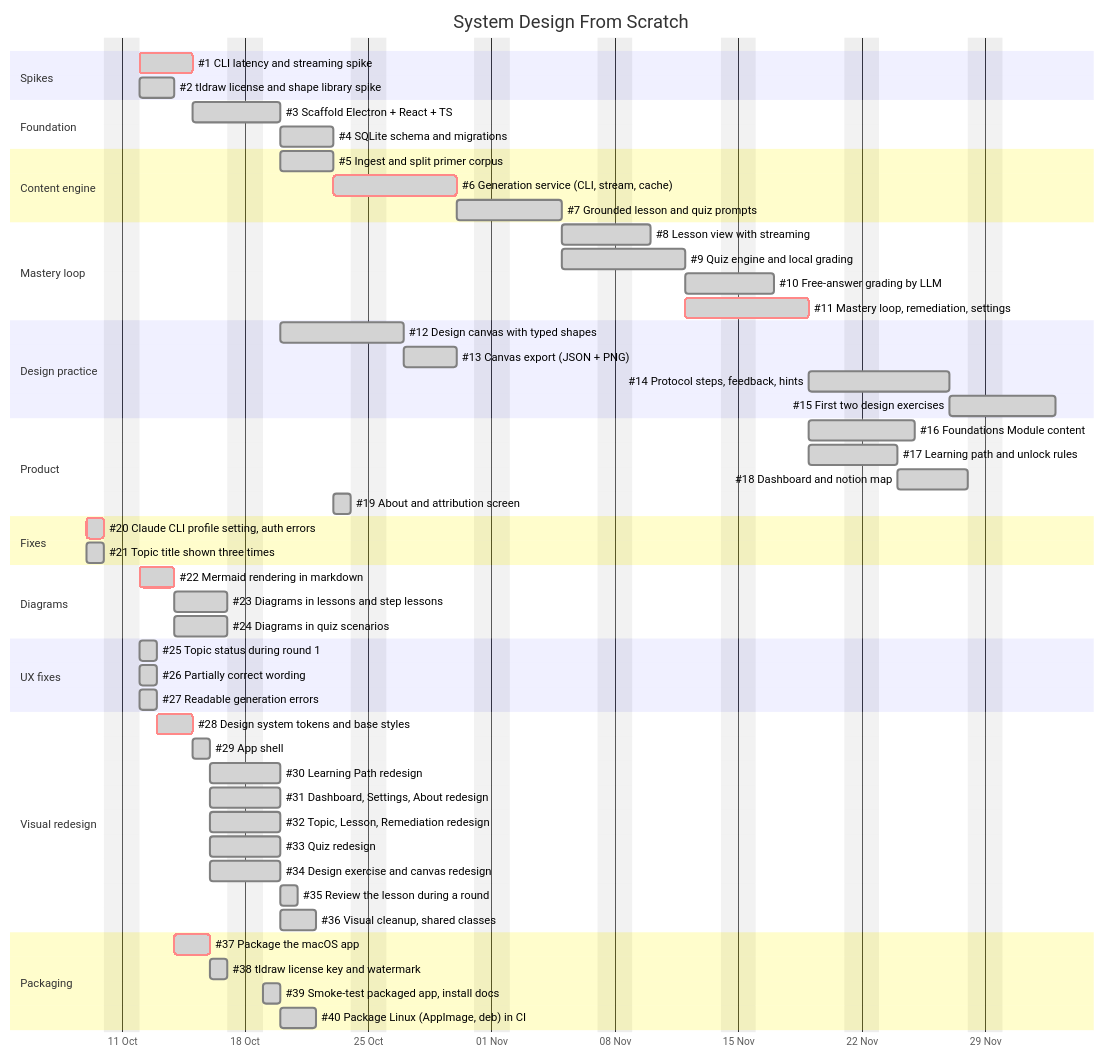
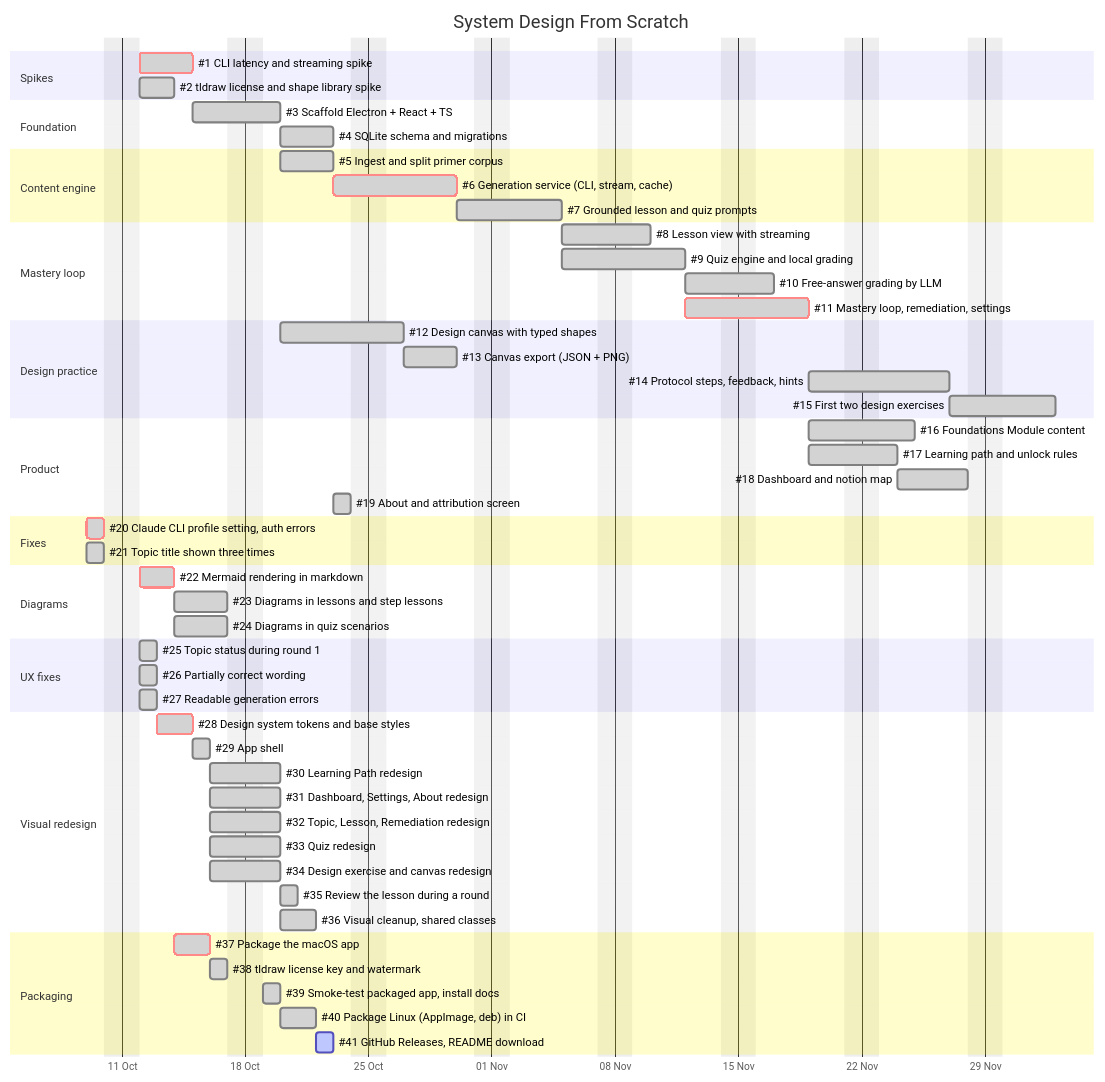
The diagram in docs/ROADMAP.md (jbclaramonte/system-design-from-scratch), drawn with Mermaid before and after one commit. The commit also changed other lines of this file and 6 other files, not shown here.

First line of the commit message:
feat: publish the packaged apps as GitHub Releases

````diff
--- a/docs/ROADMAP.md
+++ b/docs/ROADMAP.md
@@ -13,69 +13,70 @@
 ```mermaid
 gantt
     title System Design From Scratch
     dateFormat YYYY-MM-DD
     excludes weekends
     axisFormat %d %b
 
     section Spikes
     #1 CLI latency and streaming spike        :done, crit, s1, 2026-10-12, 3d
     #2 tldraw license and shape library spike :done, s2, 2026-10-12, 2d
 
     section Foundation
     #3 Scaffold Electron + React + TS         :done, f1, after s1, 3d
     #4 SQLite schema and migrations           :done, f2, after f1, 3d
 
     section Content engine
     #5 Ingest and split primer corpus         :done, c1, after f1, 3d
     #6 Generation service (CLI, stream, cache):done, crit, c2, after f2, 5d
     #7 Grounded lesson and quiz prompts       :done, c3, after c1 c2, 4d
 
     section Mastery loop
     #8 Lesson view with streaming             :done, m1, after c3, 3d
     #9 Quiz engine and local grading          :done, m2, after c3, 5d
     #10 Free-answer grading by LLM            :done, m3, after m2, 3d
     #11 Mastery loop, remediation, settings   :done, crit, m4, after m1 m2, 5d
 
     section Design practice
     #12 Design canvas with typed shapes       :done, d1, after s2 f1, 5d
     #13 Canvas export (JSON + PNG)            :done, d2, after d1, 3d
     #14 Protocol steps, feedback, hints       :done, d3, after d2 m4, 6d
     #15 First two design exercises            :done, d4, after d3, 4d
 
     section Product
     #16 Foundations Module content            :done, p1, after m4, 4d
     #17 Learning path and unlock rules        :done, p2, after m4, 3d
     #18 Dashboard and notion map              :done, p3, after p2, 4d
     #19 About and attribution screen          :done, p4, after c1, 1d
 
     section Fixes
     #20 Claude CLI profile setting, auth errors :done, crit, x1, 2026-10-09, 1d
     #21 Topic title shown three times         :done, x2, 2026-10-09, 1d
 
     section Diagrams
     #22 Mermaid rendering in markdown         :done, crit, g1, 2026-10-12, 2d
     #23 Diagrams in lessons and step lessons  :done, g2, after g1, 3d
     #24 Diagrams in quiz scenarios            :done, g3, after g1, 3d
 
     section UX fixes
     #25 Topic status during round 1           :done, u1, 2026-10-12, 1d
     #26 Partially correct wording             :done, u2, 2026-10-12, 1d
     #27 Readable generation errors            :done, u3, 2026-10-12, 1d
 
     section Visual redesign
     #28 Design system tokens and base styles  :done, crit, v1, 2026-10-13, 2d
     #29 App shell                             :done, v2, after v1, 1d
     #30 Learning Path redesign                :done, v3, after v2, 2d
     #31 Dashboard, Settings, About redesign   :done, v4, after v2, 2d
     #32 Topic, Lesson, Remediation redesign   :done, v5, after v2, 2d
     #33 Quiz redesign                         :done, v6, after v2, 2d
     #34 Design exercise and canvas redesign   :done, v7, after v2, 2d
     #35 Review the lesson during a round      :done, v8, after v5, 1d
     #36 Visual cleanup, shared classes        :done, v9, after v7, 2d
 
     section Packaging
     #37 Package the macOS app                 :done, crit, k1, 2026-10-14, 2d
     #38 tldraw license key and watermark      :done, k2, after k1, 1d
     #39 Smoke-test packaged app, install docs :done, k3, after k2, 1d
     #40 Package Linux (AppImage, deb) in CI   :done, k4, after k3, 2d
+    #41 GitHub Releases, README download      :active, k5, after k4, 1d
 ```
````
